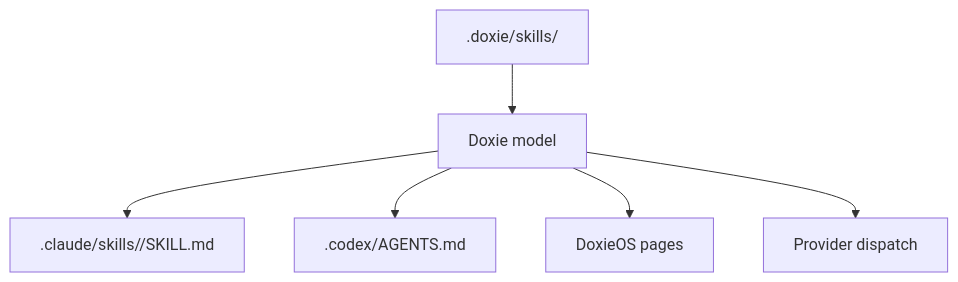
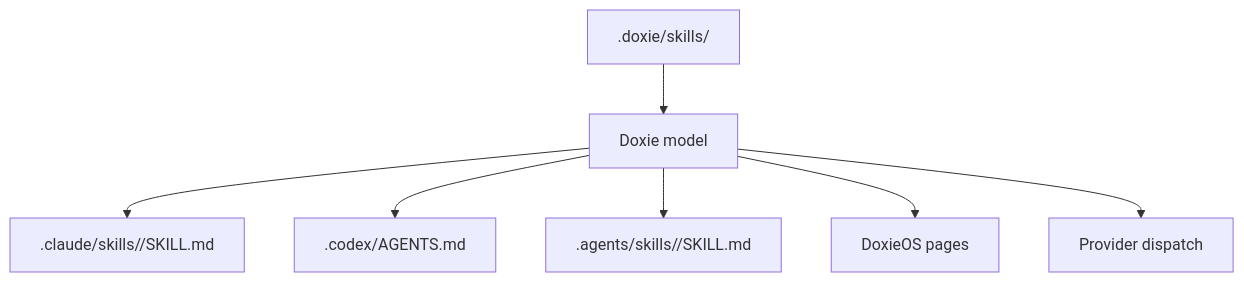
The fifth of 5 diagrams in docs/architecture.md (viamus/DoxieOS), drawn with Mermaid before and after one commit. The commit also changed other lines of this file and 349 other files, not shown here.

````diff
--- a/docs/architecture.md
+++ b/docs/architecture.md
@@ -97,8 +99,9 @@
 ```mermaid
 flowchart TD
     Skill[".doxie/skills/<id>"] --> Normalize["Doxie model"]
     Normalize --> ClaudeSkill[".claude/skills/<id>/SKILL.md"]
     Normalize --> CodexIndex[".codex/AGENTS.md"]
+    Normalize --> CodexSkills[".agents/skills/<id>/SKILL.md"]
     Normalize --> UI["DoxieOS pages"]
     Normalize --> Runner["Provider dispatch"]
 ```
````
